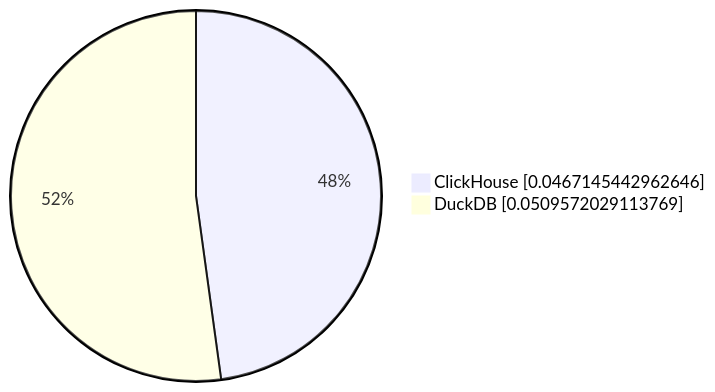
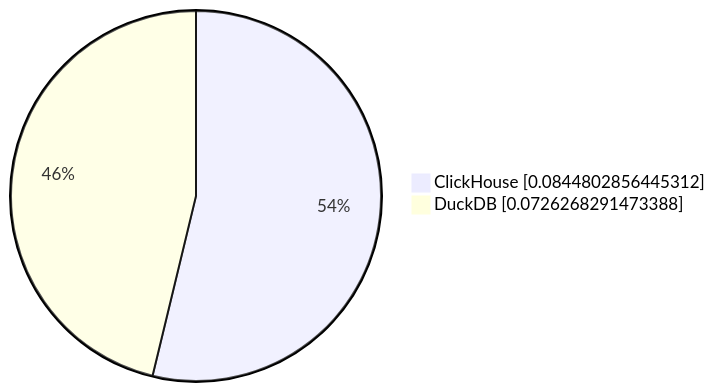
One commit to Altinity/clickhouse-regression changed the fifth of 7 diagrams in parquet/performance/results/nyc_taxi/23.8.2.7/README.md. Above: the diagram before and after it, drawn with Mermaid. The commit also changed other lines of this file and 2 other files, not shown here.

````diff
--- a/parquet/performance/results/nyc_taxi/23.8.2.7/README.md
+++ b/parquet/performance/results/nyc_taxi/23.8.2.7/README.md
@@ -50,5 +50,5 @@
 ```mermaid
      pie showData
-         "ClickHouse" : 0.0467145442962646
-         "DuckDB" : 0.0509572029113769
+         "ClickHouse" : 0.0844802856445312
+         "DuckDB" : 0.0726268291473388
 ```
````
